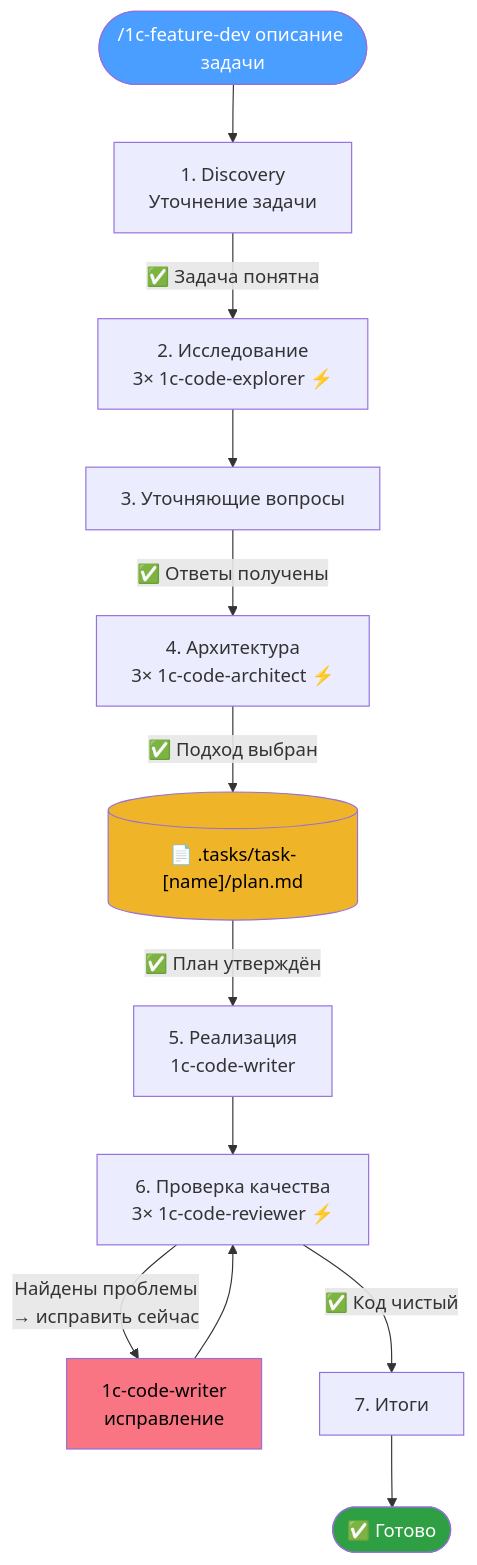
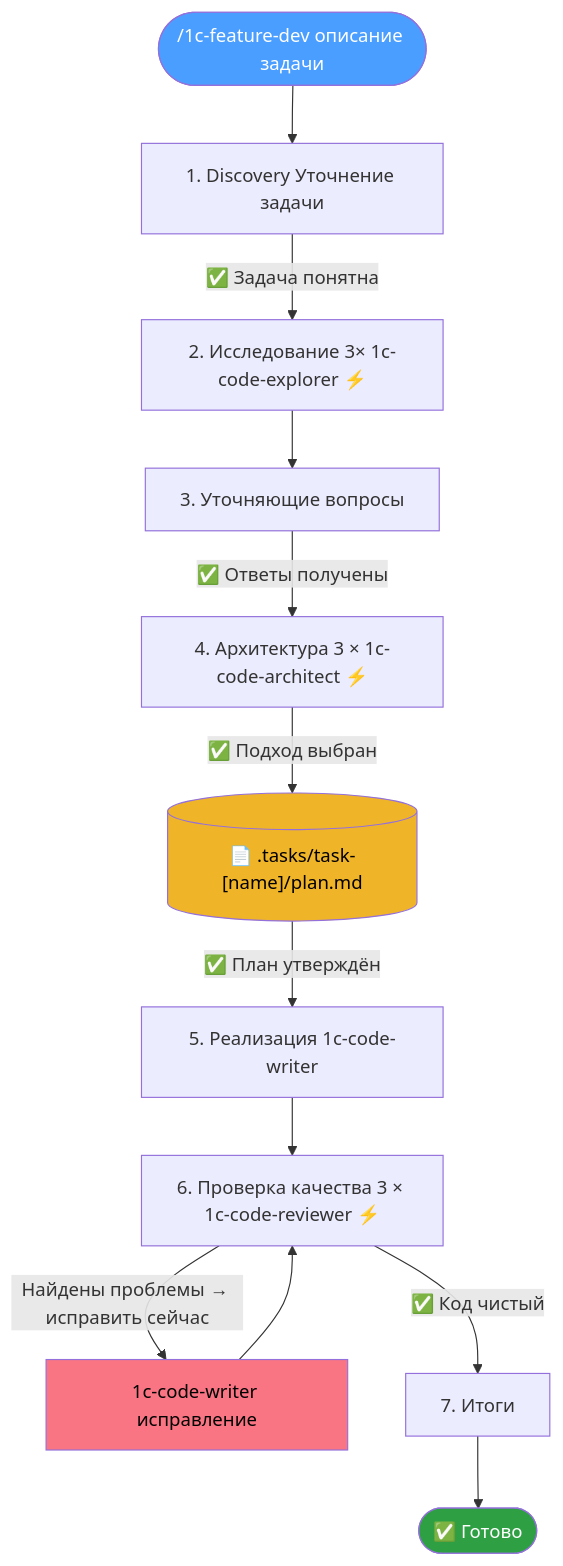
Before and after one commit to Diversus23/1c-feature-dev: the diagram in README.md, drawn with Mermaid. The commit also changed other lines of this file and 1 other file, not shown here.

````diff
--- a/README.md
+++ b/README.md
@@ -11,34 +11,34 @@
 ```mermaid
 flowchart TD
     START(["/1c-feature-dev описание задачи"]) --> P1
 
-    P1["1. Discovery\nУточнение задачи"]
+    P1["1. Discovery Уточнение задачи"]
     P1 -->|"✅ Задача понятна"| P2
 
-    P2["2. Исследование\n3× 1c-code-explorer ⚡"]
+    P2["2. Исследование 3× 1c-code-explorer ⚡"]
     P2 --> P3
 
     P3["3. Уточняющие вопросы"]
     P3 -->|"✅ Ответы получены"| P4
 
-    P4["4. Архитектура\n3× 1c-code-architect ⚡"]
+    P4["4. Архитектура 3 × 1c-code-architect ⚡"]
     P4 -->|"✅ Подход выбран"| PLAN
     PLAN[("📄 .tasks/task-[name]/plan.md")]
     PLAN -->|"✅ План утверждён"| P5
 
-    P5["5. Реализация\n1c-code-writer"]
+    P5["5. Реализация 1c-code-writer"]
     P5 --> P6
 
-    P6["6. Проверка качества\n3× 1c-code-reviewer ⚡"]
-    P6 -->|"Найдены проблемы\n→ исправить сейчас"| FIX
-    FIX["1c-code-writer\nисправление"] --> P6
+    P6["6. Проверка качества 3 × 1c-code-reviewer ⚡"]
+    P6 -->|"Найдены проблемы → исправить сейчас"| FIX
+    FIX["1c-code-writer исправление"] --> P6
     P6 -->|"✅ Код чистый"| P7
 
     P7["7. Итоги"]
     P7 --> DONE(["✅ Готово"])
 
     style START fill:#4a9eff,color:#fff
     style DONE fill:#2ea043,color:#fff
     style PLAN fill:#f0b429,color:#000
     style FIX fill:#f97583,color:#000
 ```
````
